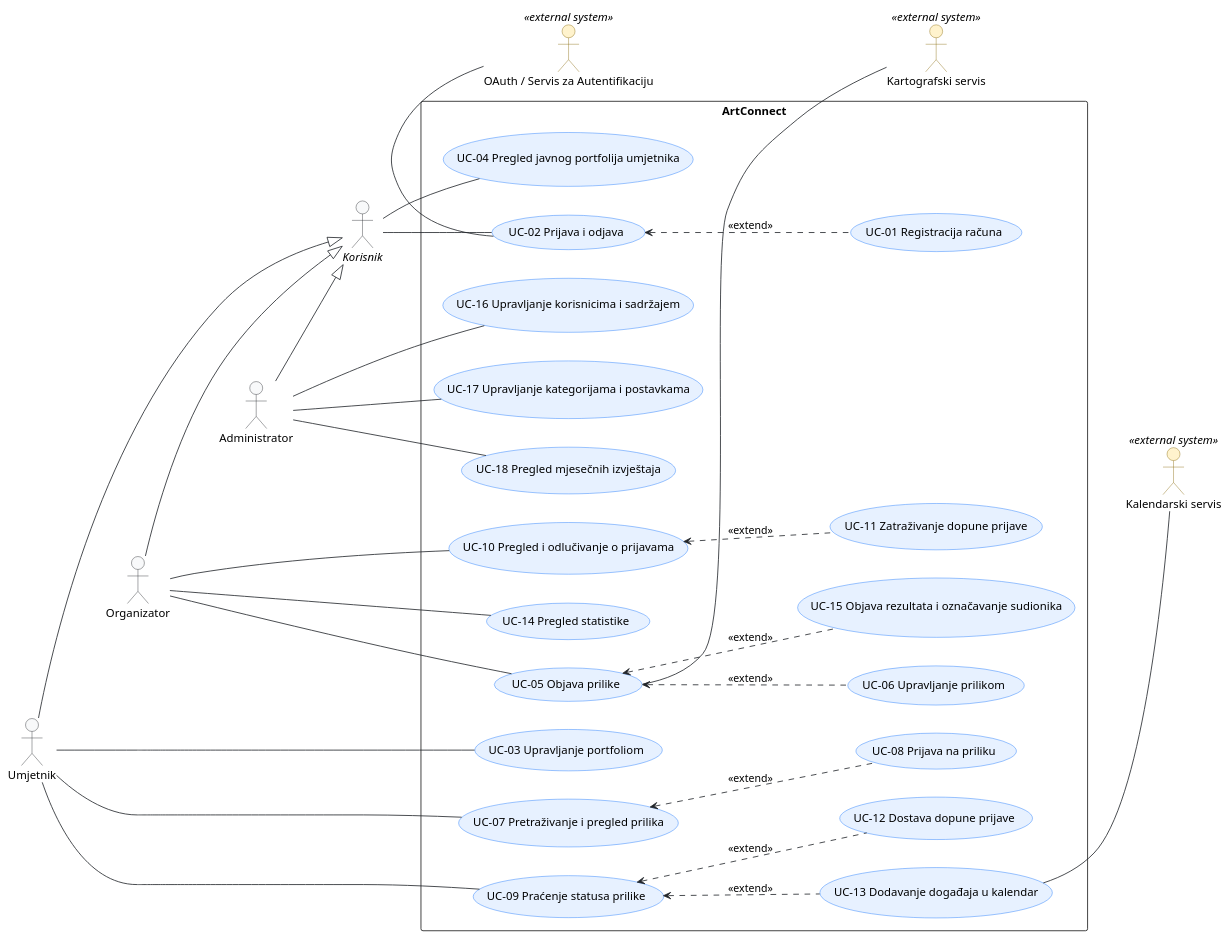
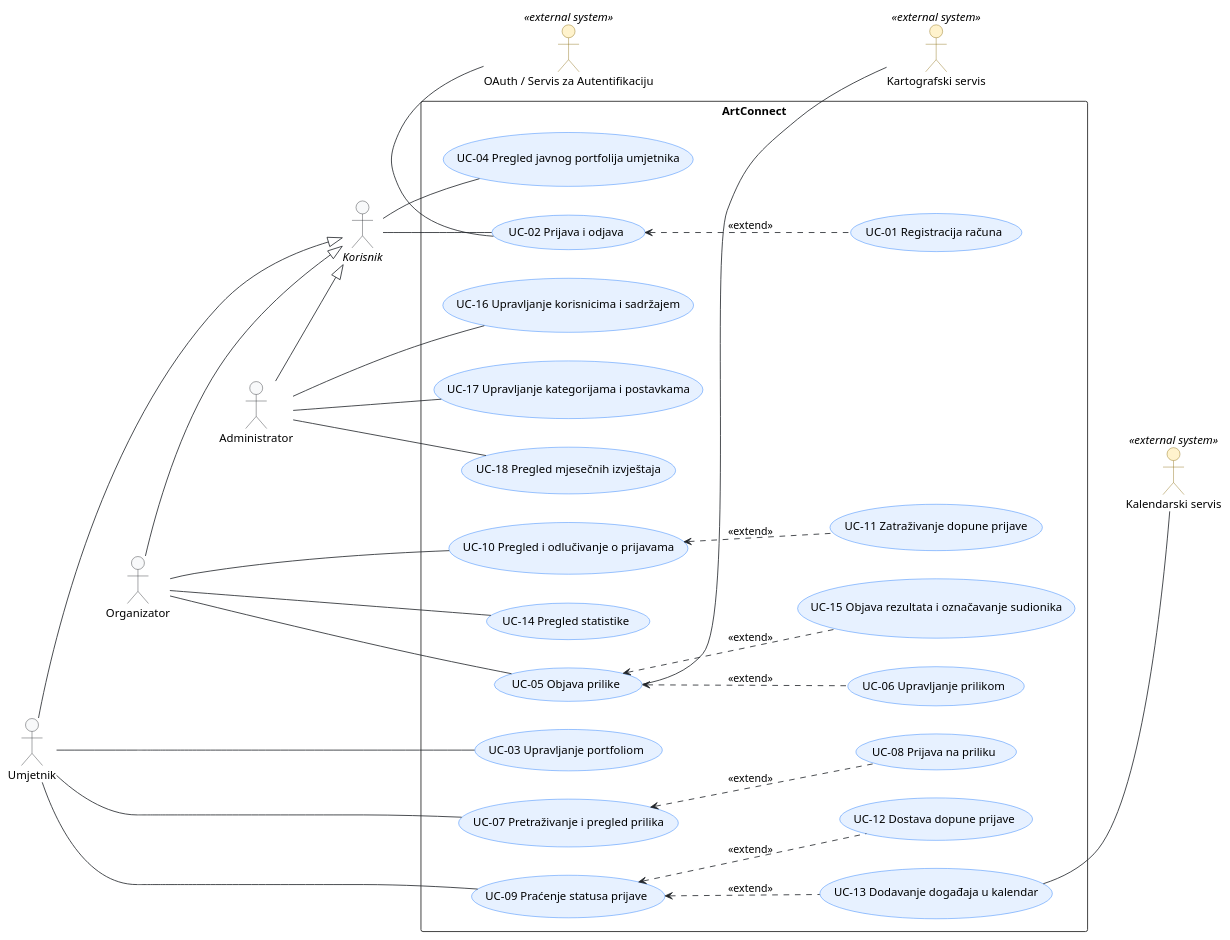
Before and after one commit to kovaacicc/ArtConnect: the diagram in docs/puml/3-1-artconnect-use-cases.puml, drawn with PlantUML. The commit also changed 5 other files, not shown here.

```diff
--- a/docs/puml/3-1-artconnect-use-cases.puml
+++ b/docs/puml/3-1-artconnect-use-cases.puml
@@ -45,134 +45,134 @@
 @startuml 3-1-artconnect-use-cases
 
 left to right direction
 
 skinparam shadowing false
 skinparam defaultFontName Arial
 skinparam packageStyle rectangle
 
 skinparam actor {
     BackgroundColor #F8F9FA
     BorderColor #212529
     ' External systems are visually distinct from human actors.
     BackgroundColor<<external system>> #FFF3CD
     BorderColor<<external system>> #856404
 }
 
 skinparam usecase {
     BackgroundColor #E7F1FF
     BorderColor #0D6EFD
     ArrowColor #212529
 }
 
 ' ==============================================================================
 ' Primarni akteri
 ' ==============================================================================
 
 actor "//Korisnik//" as Korisnik
 actor Umjetnik
 actor Organizator
 actor Administrator
 
 Umjetnik --|> Korisnik
 Organizator --|> Korisnik
 Administrator --|> Korisnik
 
 ' Relacije za raspored dijagrama.
 Umjetnik -[hidden]down-> Organizator
 Organizator -[hidden]down-> Administrator
 
 ' ==============================================================================
 ' Sekundarni akteri
 ' ==============================================================================
 
 actor "OAuth / Servis za Autentifikaciju" as OAuth <<external system>>
 actor "Kartografski servis" as Maps <<external system>>
 actor "Kalendarski servis" as Cal <<external system>>
 
 ' Relacije za raspored dijagrama.
 OAuth -[hidden]down-> Maps
 Maps -[hidden]down-> Cal
 
 
 ' ==============================================================================
 ' Granica sustava
 ' ==============================================================================
 
 rectangle "ArtConnect" as ArtConnect{
 
     ' Prijava i registracija
     (UC-01 Registracija računa) as UC_Registracija
     (UC-02 Prijava i odjava) as UC_PrijavaOdjava
 
     ' Portfolio i profil umjetnika
     (UC-03 Upravljanje portfoliom) as UC_Portfolio
     (UC-04 Pregled javnog portfolija umjetnika) as UC_PregledUmjetnika
 
     ' Prilike: pretraživanje i prijava (umjetnik)
     (UC-07 Pretraživanje i pregled prilika) as UC_PregledPrilika
     (UC-08 Prijava na priliku) as UC_PrijavaPrilika
-    (UC-09 Praćenje statusa prilike) as UC_Status
+    (UC-09 Praćenje statusa prijave) as UC_Status
     (UC-12 Dostava dopune prijave) as UC_DopunaUmjetnik
     (UC-13 Dodavanje događaja u kalendar) as UC_Kalendar
 
     ' Prilike: objava i odlučivanje (organizator)
     (UC-05 Objava prilike) as UC_ObjavaPrilike
     (UC-06 Upravljanje prilikom) as UC_UpravljanjePrilikom
     (UC-10 Pregled i odlučivanje o prijavama) as UC_PregledPrijave
     (UC-11 Zatraživanje dopune prijave) as UC_DopunaOrganizator
     (UC-14 Pregled statistike) as UC_Statistika
     (UC-15 Objava rezultata i označavanje sudionika) as UC_Rezultati
 
     ' Administracija
     (UC-16 Upravljanje korisnicima i sadržajem) as UC_AdmKorisnici
     (UC-17 Upravljanje kategorijama i postavkama) as UC_AdmKategorije
     (UC-18 Pregled mjesečnih izvještaja) as UC_Izvjestaj
 }
 
 ' ==============================================================================
 ' Asocijacije aktera i obrazaca uporabe
 ' ==============================================================================
 
 ' Zajedničke mogućnosti svih korisnika
 Korisnik -- UC_PrijavaOdjava
 Korisnik -- UC_PregledUmjetnika
 
 ' Mogućnosti umjetnika
 Umjetnik -- UC_Portfolio
 Umjetnik -- UC_PregledPrilika
 Umjetnik -- UC_Status
 
 ' Mogućnosti organizatora
 Organizator -- UC_ObjavaPrilike
 Organizator -- UC_PregledPrijave
 Organizator -- UC_Statistika
 
 ' Mogućnosti administratora
 Administrator -- UC_AdmKorisnici
 Administrator -- UC_AdmKategorije
 Administrator -- UC_Izvjestaj
 
 ' ==============================================================================
 ' UML relacije
 ' ==============================================================================
 
 UC_PrijavaOdjava <.. UC_Registracija : <<extend>>
 UC_PregledPrilika <.. UC_PrijavaPrilika : <<extend>>
 UC_Status <.. UC_DopunaUmjetnik : <<extend>>
 UC_Status <.. UC_Kalendar : <<extend>>
 UC_ObjavaPrilike <.. UC_UpravljanjePrilikom : <<extend>>
 UC_PregledPrijave <.. UC_DopunaOrganizator : <<extend>>
 UC_ObjavaPrilike <.. UC_Rezultati : <<extend>>
 
 ' ==============================================================================
 ' Interakcije sekundarnih aktera
 ' ==============================================================================
 
 ' OAuth pokriva i registraciju, jer UC-01 proširuje UC-02.
 UC_PrijavaOdjava -right- OAuth
 
 UC_ObjavaPrilike -right- Maps
 
 UC_Kalendar -right- Cal
 
 @enduml
```
